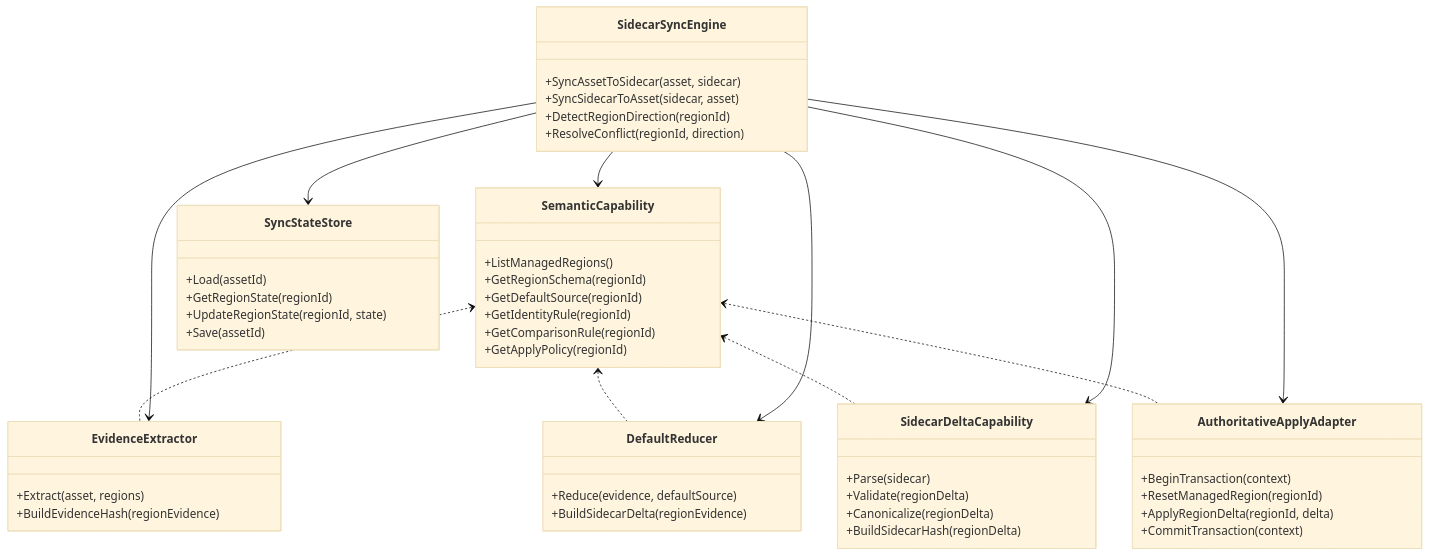
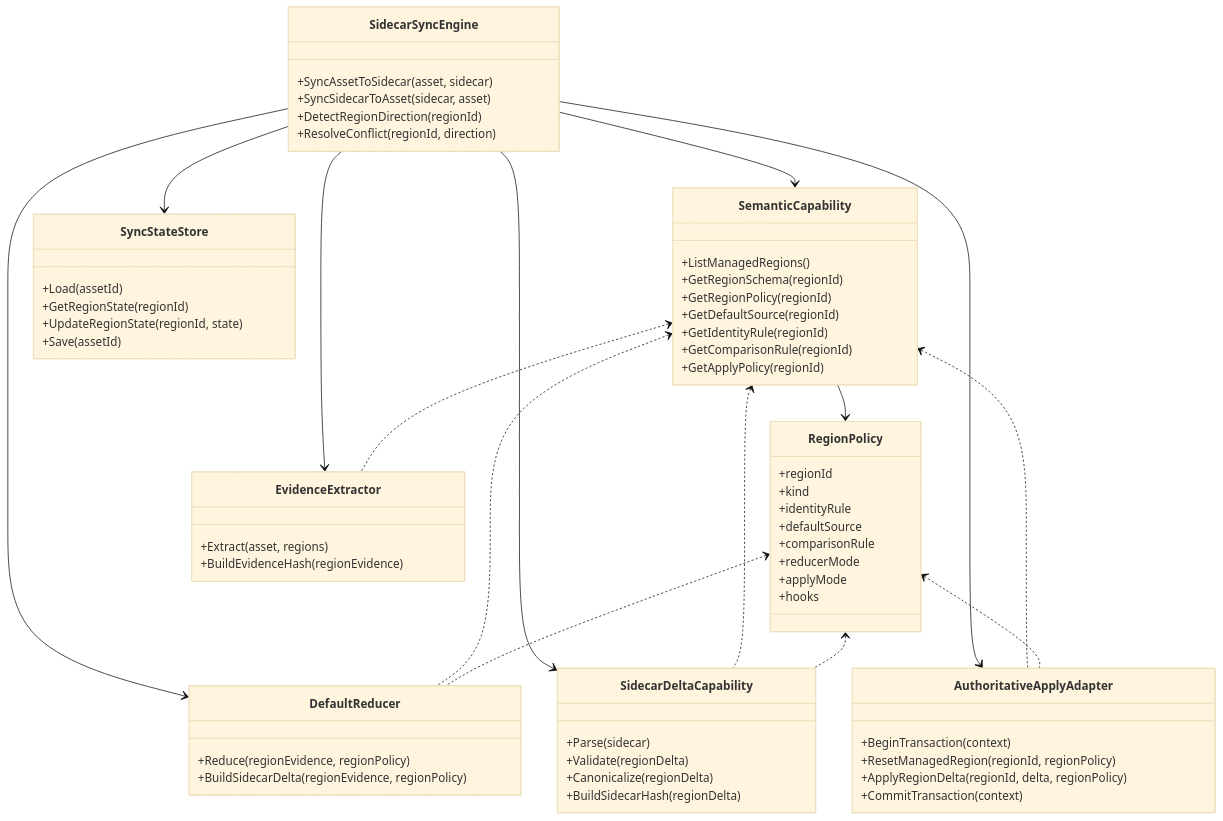
The first of 3 diagrams in docs/superpowers/specs/2026-06-13-asset-document-bidirectional-delta-sidecar-goal.md (oscarrr112/UECopilot), drawn with Mermaid (base theme) before and after one commit. The commit also changed other lines of this file, not shown here.

Commit message:
docs(assetdoc): define policy-driven reducer architecture

````diff
--- a/docs/superpowers/specs/2026-06-13-asset-document-bidirectional-delta-sidecar-goal.md
+++ b/docs/superpowers/specs/2026-06-13-asset-document-bidirectional-delta-sidecar-goal.md
@@ -73,60 +111,76 @@
 ```mermaid
 classDiagram
+    class RegionPolicy {
+        +regionId
+        +kind
+        +identityRule
+        +defaultSource
+        +comparisonRule
+        +reducerMode
+        +applyMode
+        +hooks
+    }
+
     class SemanticCapability {
         +ListManagedRegions()
         +GetRegionSchema(regionId)
+        +GetRegionPolicy(regionId)
         +GetDefaultSource(regionId)
         +GetIdentityRule(regionId)
         +GetComparisonRule(regionId)
         +GetApplyPolicy(regionId)
     }
 
     class EvidenceExtractor {
         +Extract(asset, regions)
         +BuildEvidenceHash(regionEvidence)
     }
 
     class DefaultReducer {
-        +Reduce(evidence, defaultSource)
-        +BuildSidecarDelta(regionEvidence)
+        +Reduce(regionEvidence, regionPolicy)
+        +BuildSidecarDelta(regionEvidence, regionPolicy)
     }
 
     class SidecarDeltaCapability {
         +Parse(sidecar)
         +Validate(regionDelta)
         +Canonicalize(regionDelta)
         +BuildSidecarHash(regionDelta)
     }
 
     class SyncStateStore {
         +Load(assetId)
         +GetRegionState(regionId)
         +UpdateRegionState(regionId, state)
         +Save(assetId)
     }
 
     class SidecarSyncEngine {
         +SyncAssetToSidecar(asset, sidecar)
         +SyncSidecarToAsset(sidecar, asset)
         +DetectRegionDirection(regionId)
         +ResolveConflict(regionId, direction)
     }
 
     class AuthoritativeApplyAdapter {
         +BeginTransaction(context)
-        +ResetManagedRegion(regionId)
-        +ApplyRegionDelta(regionId, delta)
+        +ResetManagedRegion(regionId, regionPolicy)
+        +ApplyRegionDelta(regionId, delta, regionPolicy)
         +CommitTransaction(context)
     }
 
+    SemanticCapability --> RegionPolicy
+    RegionPolicy <.. DefaultReducer
+    RegionPolicy <.. SidecarDeltaCapability
+    RegionPolicy <.. AuthoritativeApplyAdapter
     SemanticCapability <.. EvidenceExtractor
     SemanticCapability <.. DefaultReducer
     SemanticCapability <.. SidecarDeltaCapability
     SemanticCapability <.. AuthoritativeApplyAdapter
     SidecarSyncEngine --> SemanticCapability
     SidecarSyncEngine --> EvidenceExtractor
     SidecarSyncEngine --> DefaultReducer
     SidecarSyncEngine --> SidecarDeltaCapability
     SidecarSyncEngine --> SyncStateStore
     SidecarSyncEngine --> AuthoritativeApplyAdapter
 ```
````
